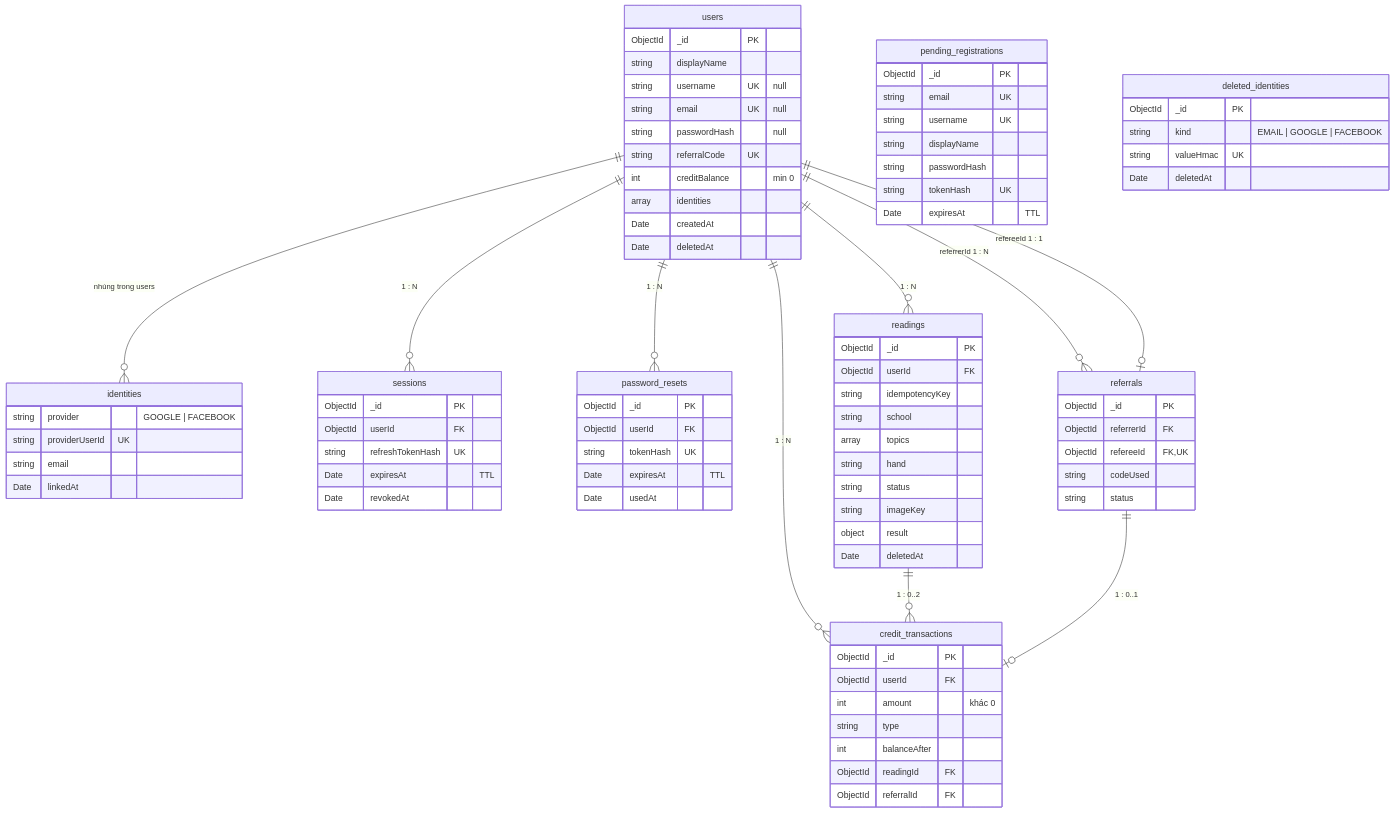
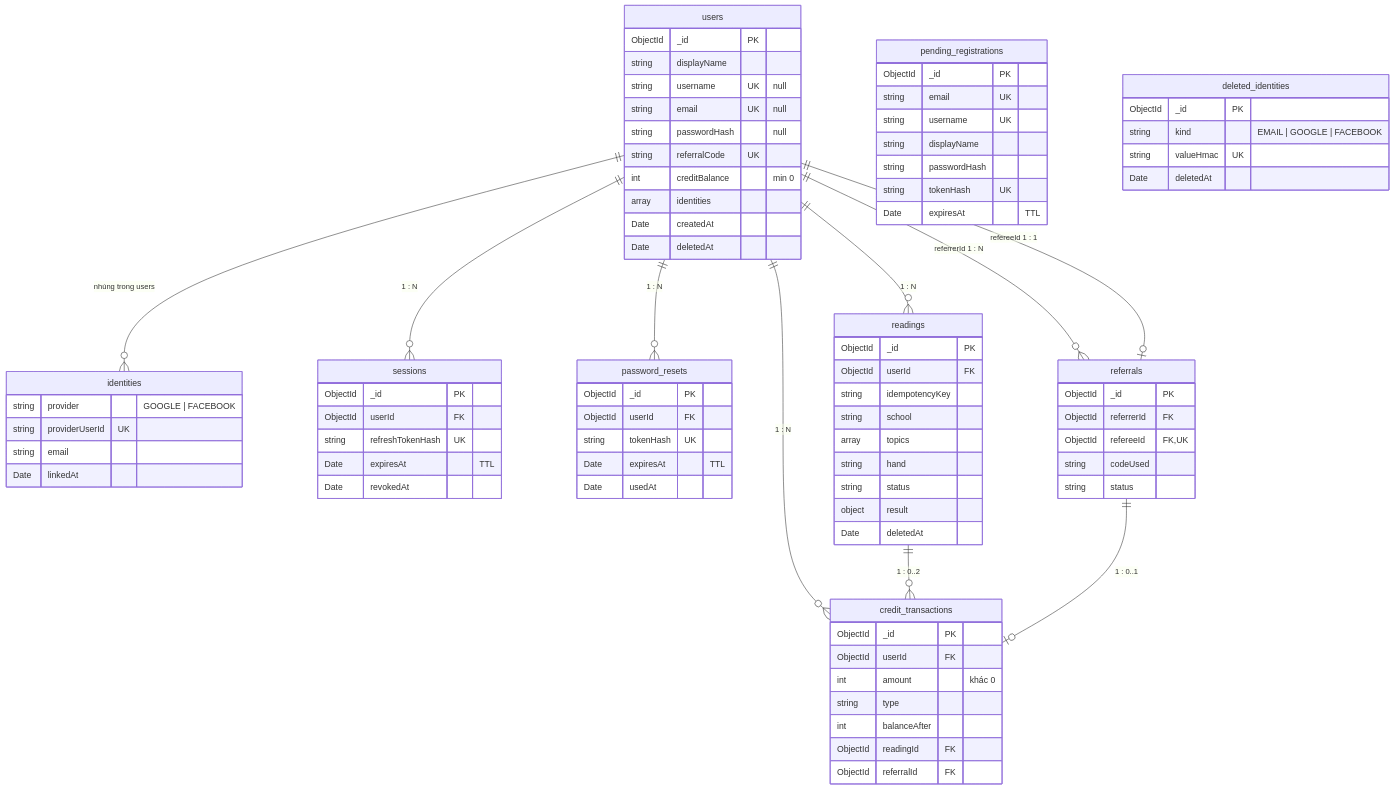
Before and after one commit to DucDMinh/PalmSight: the diagram in docs/database-erd.md, drawn with Mermaid. The commit also changed other lines of this file and 14 other files, not shown here.

```diff
--- a/docs/database-erd.md
+++ b/docs/database-erd.md
@@ -74,7 +74,6 @@
         array topics
         string hand
         string status
-        string imageKey
         object result
         Date deletedAt
     }
```
